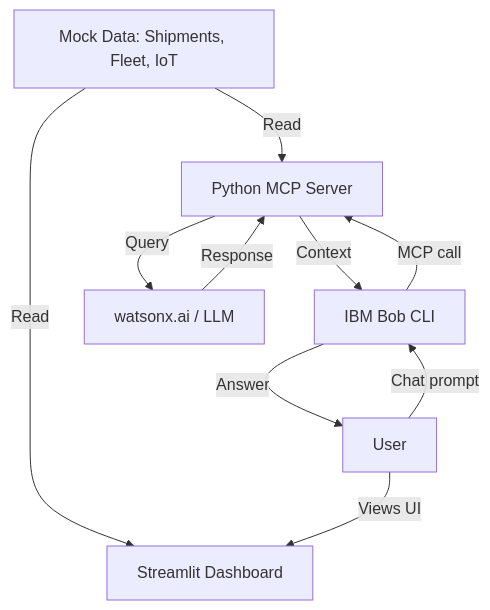
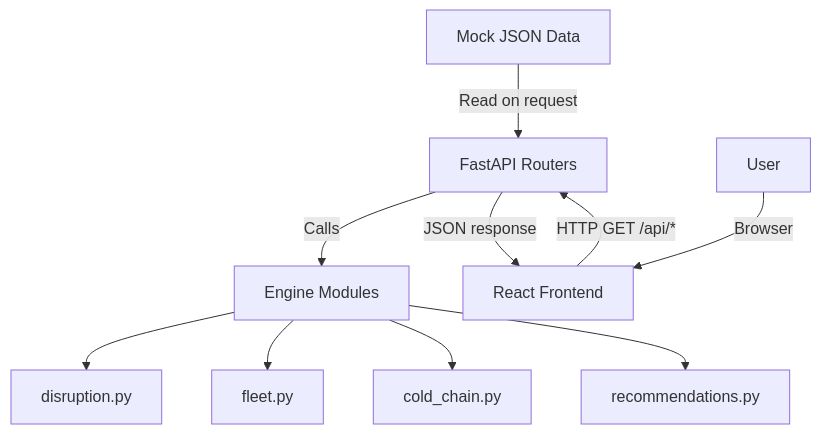
The diagram in docs/architecture.md (Jajadiyavisrut/Dark-Void), drawn with Mermaid before and after one commit. The commit also changed other lines of this file and 1 other file, not shown here.

Commit message:
docs: rewrite architecture and solution overview to reflect actual built stack

````diff
--- a/docs/architecture.md
+++ b/docs/architecture.md
@@ -16,12 +17,12 @@
 ```mermaid
 graph TD
-    A[Mock Data: Shipments, Fleet, IoT] -->|Read| B[Streamlit Dashboard]
-    A -->|Read| C[Python MCP Server]
-    D[User] -->|Views UI| B
-    D -->|Chat prompt| E[IBM Bob CLI]
-    E -->|MCP call| C
-    C -->|Query| F[watsonx.ai / LLM]
-    F -->|Response| C
-    C -->|Context| E
-    E -->|Answer| D
+    A[Mock JSON Data] -->|Read on request| B[FastAPI Routers]
+    B -->|Calls| C[Engine Modules]
+    C --> C1[disruption.py]
+    C --> C2[fleet.py]
+    C --> C3[cold_chain.py]
+    C --> C4[recommendations.py]
+    B -->|JSON response| D[React Frontend]
+    E[User] -->|Browser| D
+    D -->|HTTP GET /api/*| B
 ```
````
